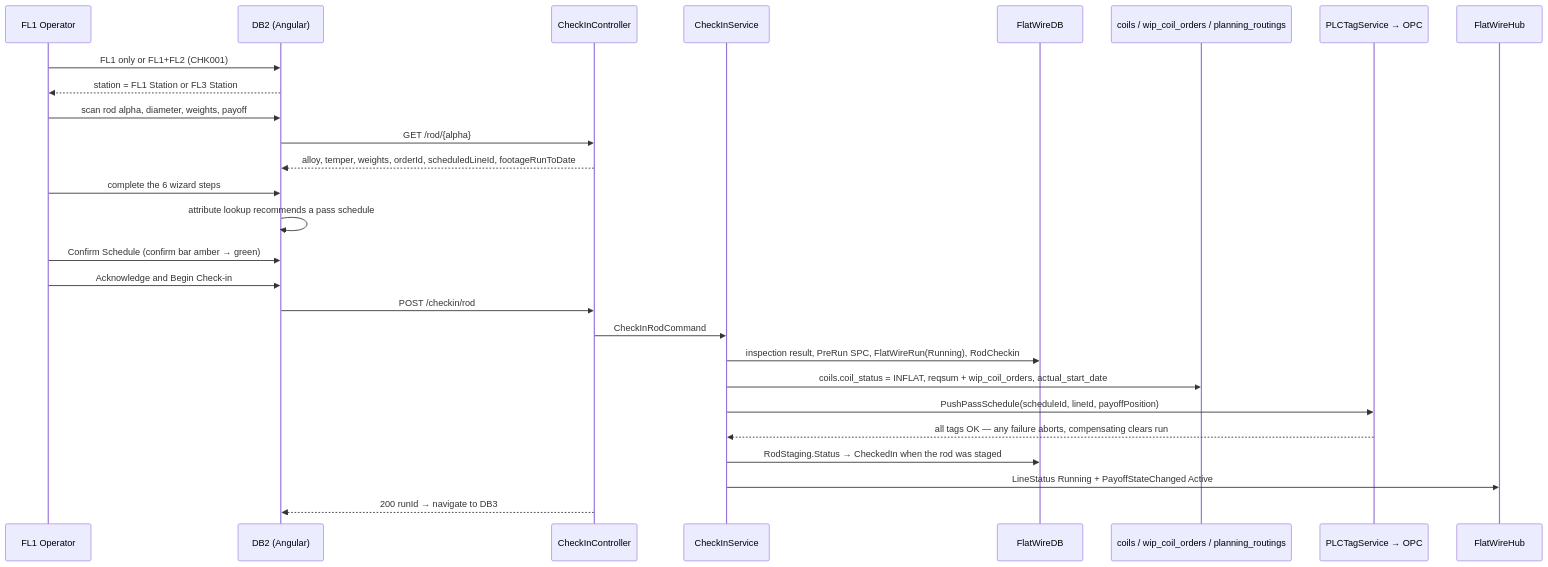
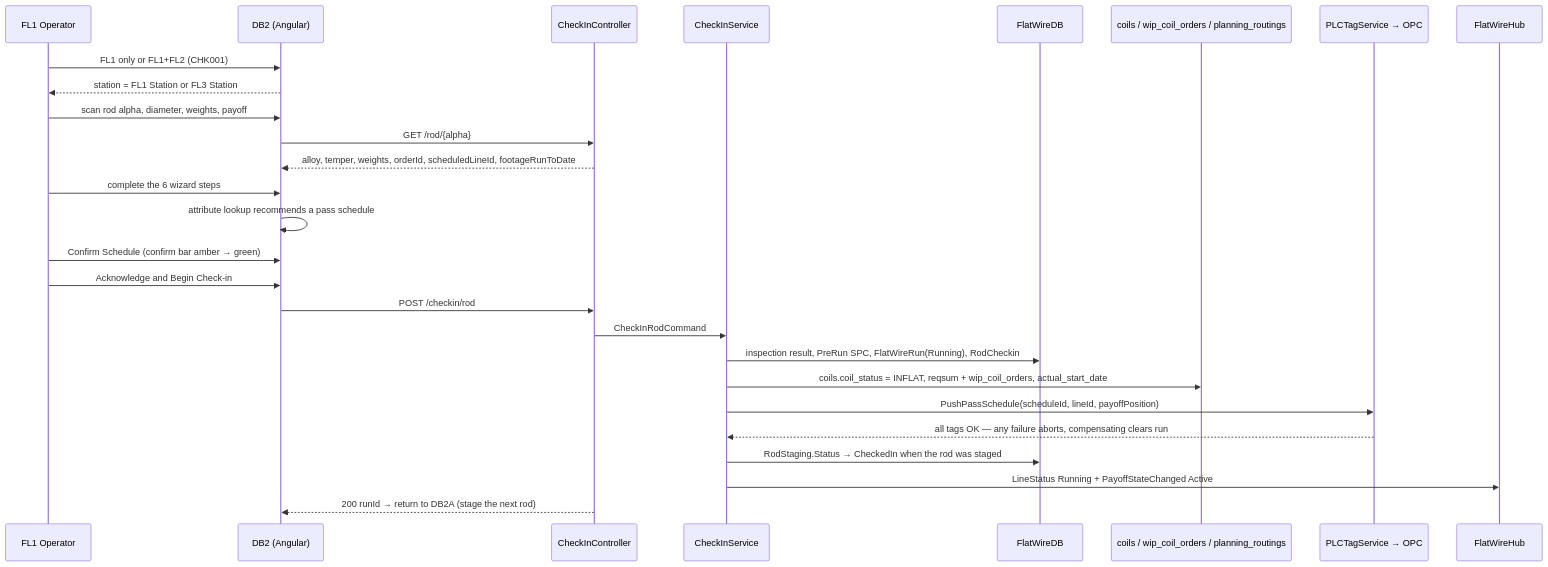
Before and after one commit to UnitedAluminum/Flatwire-planning: the sixth of 7 diagrams in LatestDocument/ProjectPlan/02-SRS.md, drawn with Mermaid. The commit also changed other lines of this file and 51 other files, not shown here.

````diff
--- a/LatestDocument/ProjectPlan/02-SRS.md
+++ b/LatestDocument/ProjectPlan/02-SRS.md
@@ -366,30 +366,30 @@
 ```mermaid
 sequenceDiagram
     participant OP as FL1 Operator
     participant NG as DB2 (Angular)
     participant API as CheckInController
     participant SVC as CheckInService
     participant DB as FlatWireDB
     participant LEG as coils / wip_coil_orders / planning_routings
     participant PLC as PLCTagService → OPC
     participant HUB as FlatWireHub
 
     OP->>NG: FL1 only or FL1+FL2 (CHK001)
     NG-->>OP: station = FL1 Station or FL3 Station
     OP->>NG: scan rod alpha, diameter, weights, payoff
     NG->>API: GET /rod/{alpha}
     API-->>NG: alloy, temper, weights, orderId, scheduledLineId, footageRunToDate
     OP->>NG: complete the 6 wizard steps
     NG->>NG: attribute lookup recommends a pass schedule
     OP->>NG: Confirm Schedule (confirm bar amber → green)
     OP->>NG: Acknowledge and Begin Check-in
     NG->>API: POST /checkin/rod
     API->>SVC: CheckInRodCommand
     SVC->>DB: inspection result, PreRun SPC, FlatWireRun(Running), RodCheckin
     SVC->>LEG: coils.coil_status = INFLAT, reqsum + wip_coil_orders, actual_start_date
     SVC->>PLC: PushPassSchedule(scheduleId, lineId, payoffPosition)
     PLC-->>SVC: all tags OK — any failure aborts, compensating clears run
     SVC->>DB: RodStaging.Status → CheckedIn when the rod was staged
     SVC->>HUB: LineStatus Running + PayoffStateChanged Active
-    API-->>NG: 200 runId → navigate to DB3
+    API-->>NG: 200 runId → return to DB2A (stage the next rod)
 ```
````
